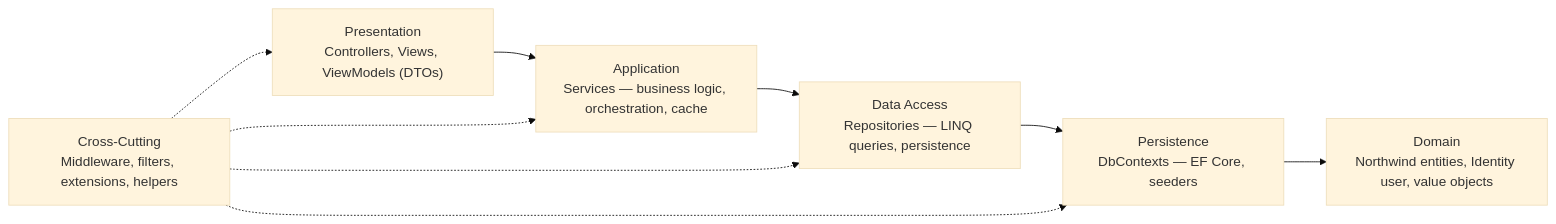
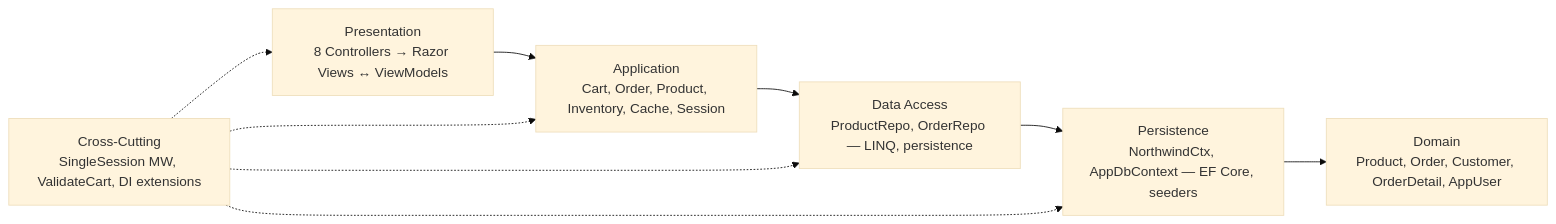
One commit to jeffersonmejia/north-taks1-p3 changed the diagram in README.md. Above: the diagram before and after it, drawn with Mermaid (base theme).

Commit message:
docs: make diagram descriptive with actual component names

````diff
--- a/README.md
+++ b/README.md
@@ -45,15 +45,15 @@
 ```mermaid
 graph LR
-  P["Presentation<br/>Controllers, Views, ViewModels (DTOs)"]
-  App["Application<br/>Services — business logic, orchestration, cache"]
-  DAL["Data Access<br/>Repositories — LINQ queries, persistence"]
-  Per["Persistence<br/>DbContexts — EF Core, seeders"]
-  Dom["Domain<br/>Northwind entities, Identity user, value objects"]
-  XCut["Cross-Cutting<br/>Middleware, filters, extensions, helpers"]
+  P["Presentation<br/>8 Controllers → Razor Views ↔ ViewModels"]
+  App["Application<br/>Cart, Order, Product, Inventory, Cache, Session"]
+  DAL["Data Access<br/>ProductRepo, OrderRepo — LINQ, persistence"]
+  Per["Persistence<br/>NorthwindCtx, AppDbContext — EF Core, seeders"]
+  Dom["Domain<br/>Product, Order, Customer, OrderDetail, AppUser"]
+  XCut["Cross-Cutting<br/>SingleSession MW, ValidateCart, DI extensions"]
 
   P --> App --> DAL --> Per --> Dom
   XCut -.-> P
   XCut -.-> App
   XCut -.-> DAL
   XCut -.-> Per
 ```
````
